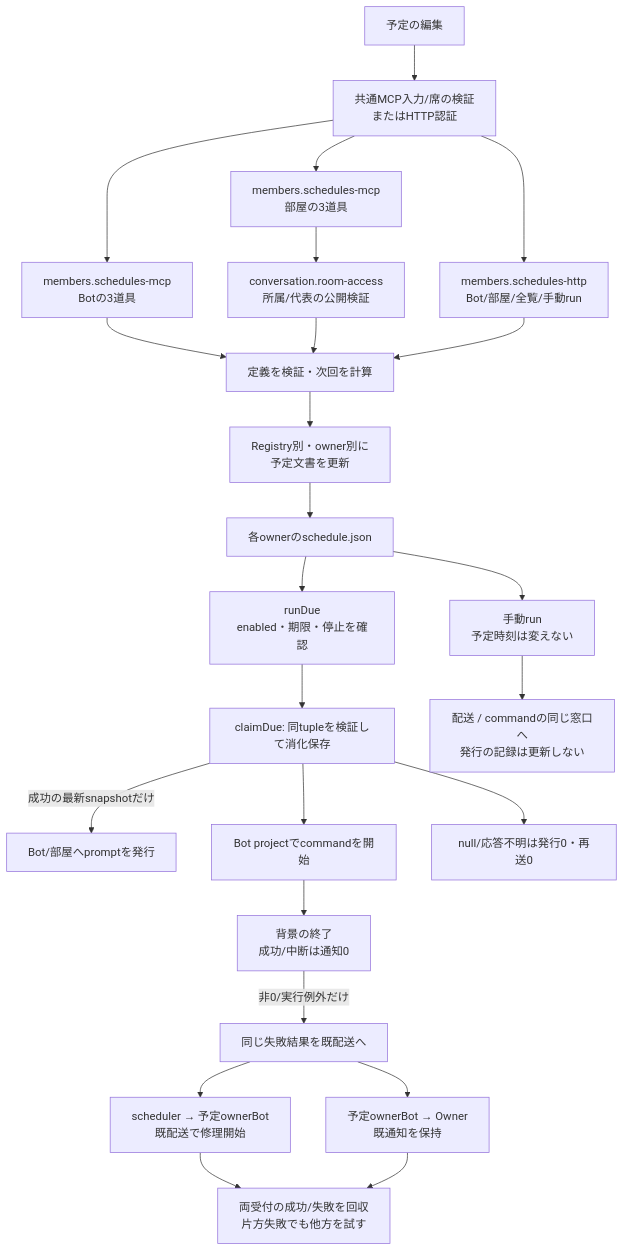
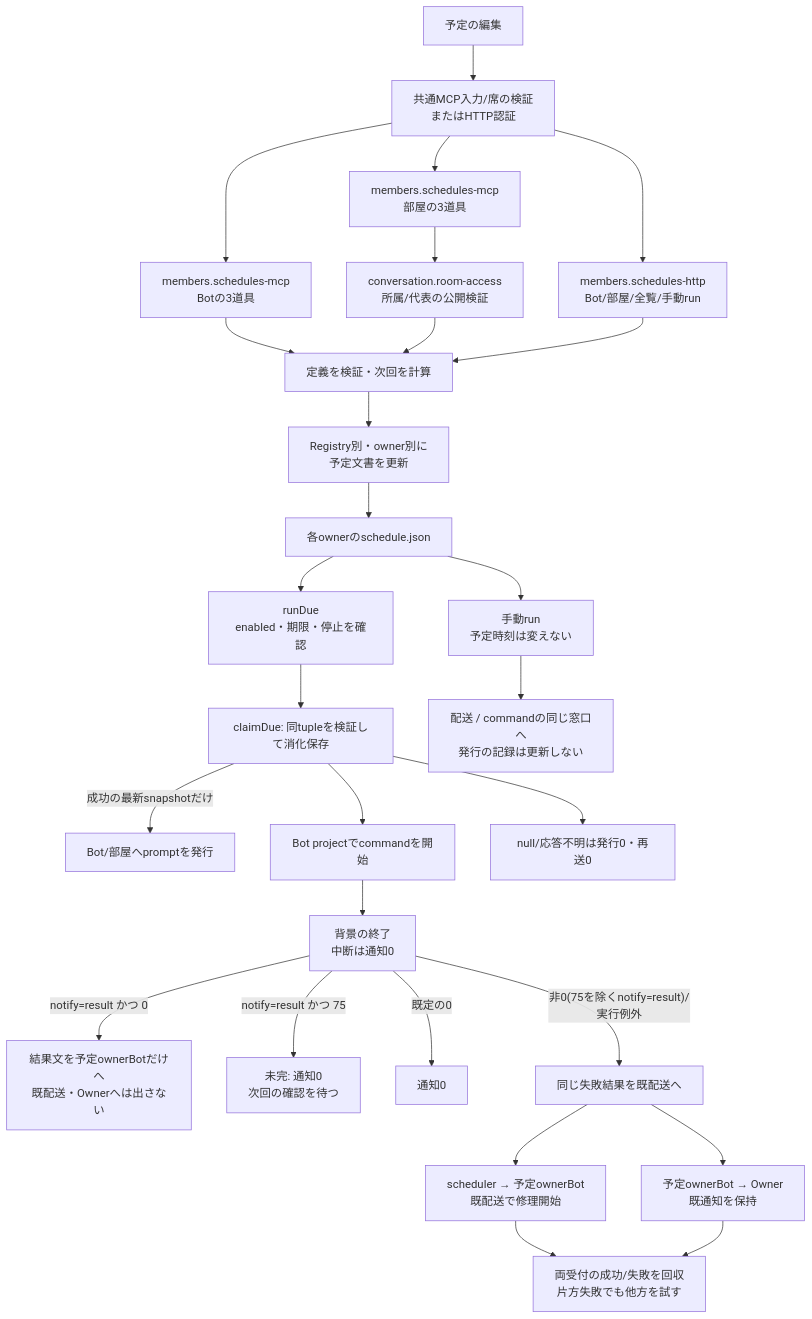
One commit to kitepon/BellTeam changed the first of 5 diagrams in docs/architecture/modules/members/schedules.md. Above: the diagram before and after it, drawn with Mermaid. The commit also changed other lines of this file and 7 other files, not shown here.

First line of the commit message:
feat(schedules): deliver command results to the waiting Bot (notify=result)

````diff
--- a/docs/architecture/modules/members/schedules.md
+++ b/docs/architecture/modules/members/schedules.md
@@ -7,26 +7,29 @@
 ```mermaid
 flowchart TD
   Input["予定の編集"] --> Entry["共通MCP入力/席の検証<br/>またはHTTP認証"]
   Entry --> BotMcp["members.schedules-mcp<br/>Botの3道具"]
   Entry --> RoomMcp["members.schedules-mcp<br/>部屋の3道具"]
   RoomMcp --> Access["conversation.room-access<br/>所属/代表の公開検証"]
   Entry --> Http["members.schedules-http<br/>Bot/部屋/全覧/手動run"]
   BotMcp --> Normalize["定義を検証・次回を計算"]
   Access --> Normalize
   Http --> Normalize
   Normalize --> Mutate["Registry別・owner別に<br/>予定文書を更新"]
   Mutate --> File["各ownerのschedule.json"]
   File --> Due["runDue<br/>enabled・期限・停止を確認"]
   Due --> Claim["claimDue: 同tupleを検証して消化保存"]
   Claim -->|"成功の最新snapshotだけ"| Prompt["Bot/部屋へpromptを発行"]
   Claim --> Command["Bot projectでcommandを開始"]
   Claim --> NoGrant["null/応答不明は発行0・再送0"]
-  Command --> Finish["背景の終了<br/>成功/中断は通知0"]
-  Finish -->|"非0/実行例外だけ"| Failure["同じ失敗結果を既配送へ"]
+  Command --> Finish["背景の終了<br/>中断は通知0"]
+  Finish -->|"notify=result かつ 0"| Result["結果文を予定ownerBotだけへ<br/>既配送・Ownerへは出さない"]
+  Finish -->|"notify=result かつ 75"| Pending["未完: 通知0<br/>次回の確認を待つ"]
+  Finish -->|"既定の0"| Quiet["通知0"]
+  Finish -->|"非0(75を除くnotify=result)/実行例外"| Failure["同じ失敗結果を既配送へ"]
   Failure --> OwnerBot["scheduler → 予定ownerBot<br/>既配送で修理開始"]
   Failure --> Owner["予定ownerBot → Owner<br/>既通知を保持"]
   OwnerBot --> Delivery["両受付の成功/失敗を回収<br/>片方失敗でも他方を試す"]
   Owner --> Delivery
   File --> Manual["手動run<br/>予定時刻は変えない"]
   Manual --> ManualRun["配送 / commandの同じ窓口へ<br/>発行の記録は更新しない"]
 ```
````
